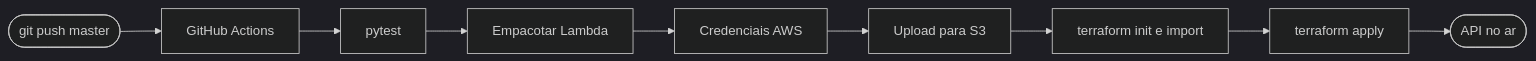
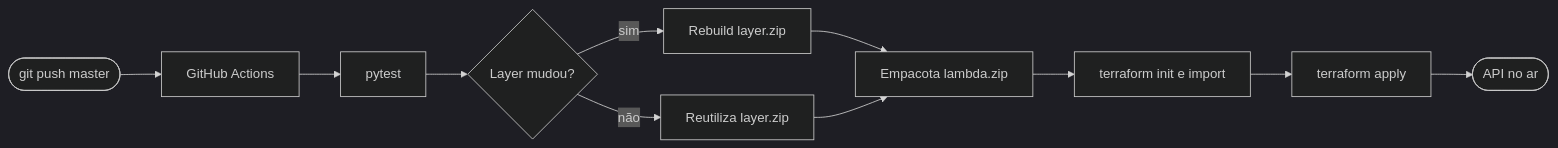
The third of 3 diagrams in README.md (sophie-pyxis/mlops_engineer_test_01), drawn with Mermaid (dark theme) before and after one commit. The commit also changed other lines of this file and 2 other files, not shown here.

Commit message:
fix(infra): migra dependências para Lambda Layer para contornar limite de 250MB

````diff
--- a/README.md
+++ b/README.md
@@ -184,21 +188,24 @@
 ```mermaid
 flowchart LR
     Push([git push master])
     GHA[GitHub Actions]
     Test[pytest]
-    Pkg[Empacotar Lambda]
-    S3[Upload para S3]
-    Creds[Credenciais AWS]
+    S3Check{Layer mudou?}
+    BuildLayer[Rebuild layer.zip]
+    SkipLayer[Reutiliza layer.zip]
+    Pkg[Empacota lambda.zip]
     TF[terraform init e import]
     Apply[terraform apply]
     Deploy([API no ar])
 
     Push --> GHA
     GHA --> Test
-    Test --> Pkg
-    Pkg --> Creds
-    Creds --> S3
-    S3 --> TF
+    Test --> S3Check
+    S3Check -->|sim| BuildLayer
+    S3Check -->|não| SkipLayer
+    BuildLayer --> Pkg
+    SkipLayer --> Pkg
+    Pkg --> TF
     TF --> Apply
     Apply --> Deploy
 ```
````
